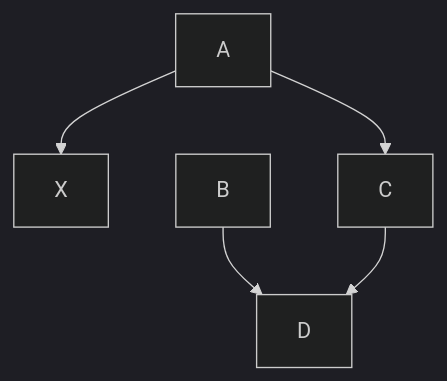
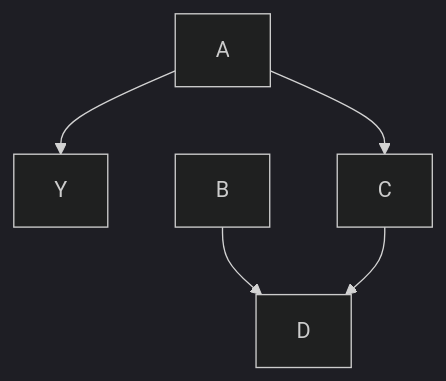
One commit to ockertbotha/mermaid-diagramming changed the diagram in diagrams/intro.md. Above: the diagram before and after it, drawn with Mermaid (dark theme). The commit also changed 2 other files, not shown here.

Commit message:
More messing about

````diff
--- a/diagrams/intro.md
+++ b/diagrams/intro.md
@@ -1,7 +1,7 @@
 ```mermaid
 graph TD;
-    A-->X;
+    A-->Y;
     A-->C;
     B-->D;
     C-->D;
 ```
````
